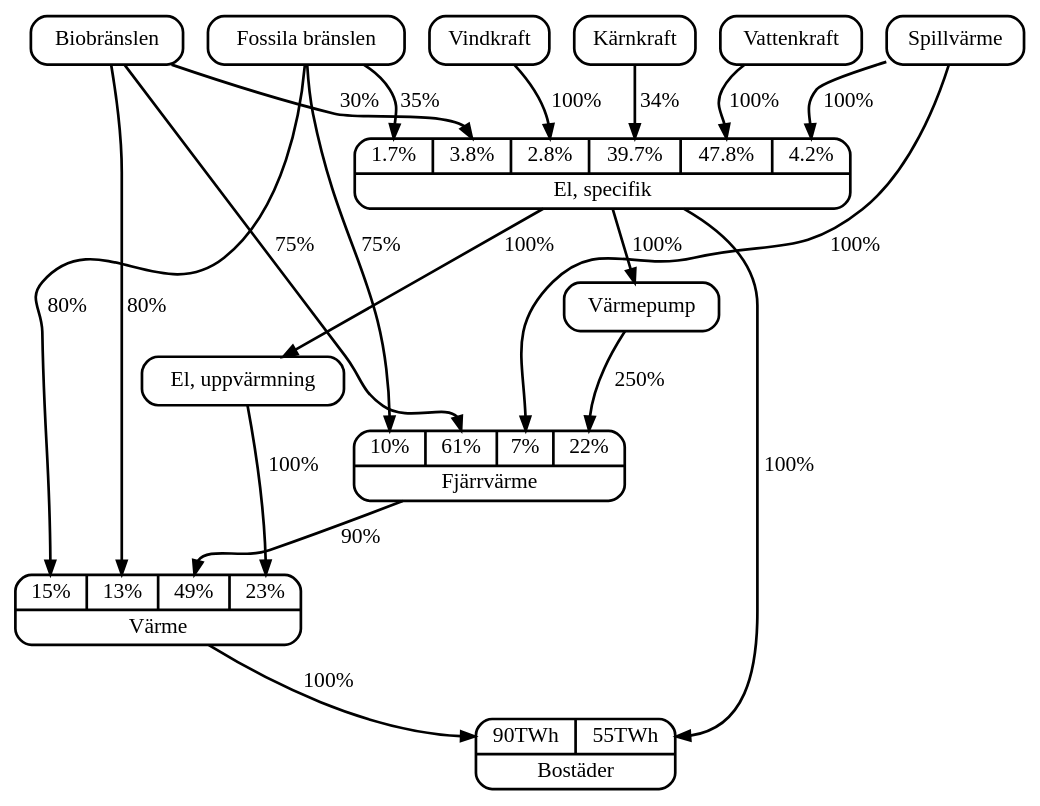
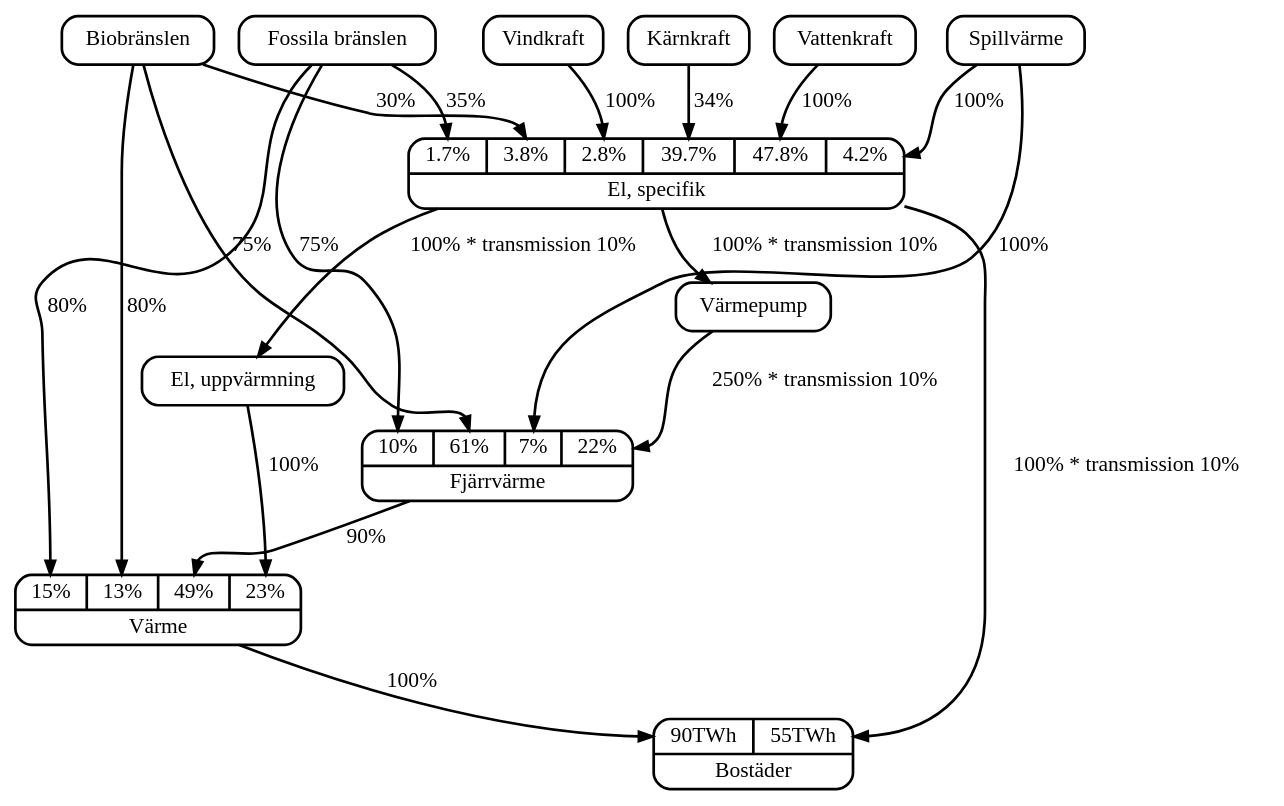
One commit to Hagmar/ENM155-batman changed the diagram in report/residences.dot. Above: the diagram before and after it, drawn with Graphviz. The commit also changed 2 other files, not shown here.

Commit message:
Add transmission loss from el and pump

```diff
--- a/report/residences.dot
+++ b/report/residences.dot
@@ -1,52 +1,52 @@
 digraph {
 	edge [fontname="Bitstream Vera Sans",
 		fontsize="16.00",
 		style="bold"]
 
 	node [fontname="Bitstream Vera Sans",
 		fontsize="16.00",
 		shape=Mrecord,
 		style="bold,filled",
 		fillcolor=white];
 	edge [style=bold];
 
 	subgraph residences {
 		fossil [label = "Fossila bränslen"];
 		bio [label = "Biobränslen"];
 		nuclear [label = "Kärnkraft"];
 		water [label = "Vattenkraft"];
 		wind [label = "Vindkraft"];
 		spill [label = "Spillvärme"];
 		pump [label = "Värmepump"];
 
 		district_heating [label = "{{<fossil> 10% | <bio> 61% | <spill> 7% | <pump> 22% } |Fjärrvärme}"];
 		el_spec [label = "{{<fossil> 1.7% | <bio> 3.8% | <wind> 2.8% | <nuclear> 39.7% | <water> 47.8% | <spill> 4.2% } | El, specifik}"];
 		el_heat [label = "El, uppvärmning"];
 		heating [label ="{{<fossil> 15% | <bio> 13% | <district> 49% | <el_heat> 23%} | Värme}"];
 		residences [label = "{{<heating> 90TWh | <el_spec>55TWh} | Bostäder}"];
 
 		fossil -> district_heating:fossil [label = "75%"];
 		bio -> district_heating:bio [label = "75%"];
 		spill -> district_heating:spill [label = "100%"];
-		pump -> district_heating:pump [label = "250%"];
+		pump -> district_heating:pump [label = "250% * transmission 10%"];
 
 		fossil -> heating:fossil [label = "80%"];
 		bio -> heating:bio [label = "80%"];
 		district_heating -> heating:district [label = "90%"];
 		el_heat -> heating:el_heat [label = "100%"];
 
 		heating -> residences:heating [label = "100%"];
 
 		fossil -> el_spec:fossil [label = "35%"];
 		bio -> el_spec:bio [label = "30%"];
 		wind -> el_spec:wind [label = "100%"];
 		nuclear -> el_spec:nuclear [label = "34%"];
 		water -> el_spec:water [label = "100%"];
 		spill -> el_spec:spill [label = "100%"];
 
-		el_spec -> el_heat [label = "100%"];
+		el_spec -> el_heat [label = "100% * transmission 10%"];
 
-		el_spec -> pump [label = "100%"];
-		el_spec -> residences:el_spec [label = "100%"];
+		el_spec -> pump [label = "100% * transmission 10%"];
+		el_spec -> residences:el_spec [label = "100% * transmission 10%"];
 	}
 }
```
